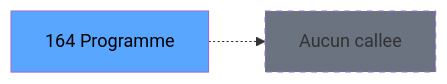
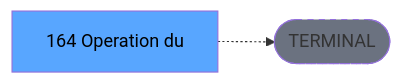
The third of 3 diagrams in .openspec/renders/ADH-IDE-164.md (thonyAGP/lecteur-magic), drawn with Mermaid before and after one commit. The commit also changed other lines of this file and 701 other files, not shown here.

````diff
--- a/.openspec/renders/ADH-IDE-164.md
+++ b/.openspec/renders/ADH-IDE-164.md
@@ -127,8 +134,8 @@
 ```mermaid
 graph LR
-    T[164 Programme]
-    NONE[Aucun callee]
-    T -.-> NONE
+    T[164    Operation du]
+    TERM([TERMINAL])
+    T -.-> TERM
+    style TERM fill:#6b7280,stroke-dasharray: 5 5
     style T fill:#58a6ff,color:#000
-    style NONE fill:#6b7280,stroke-dasharray: 5 5
 ```
````
